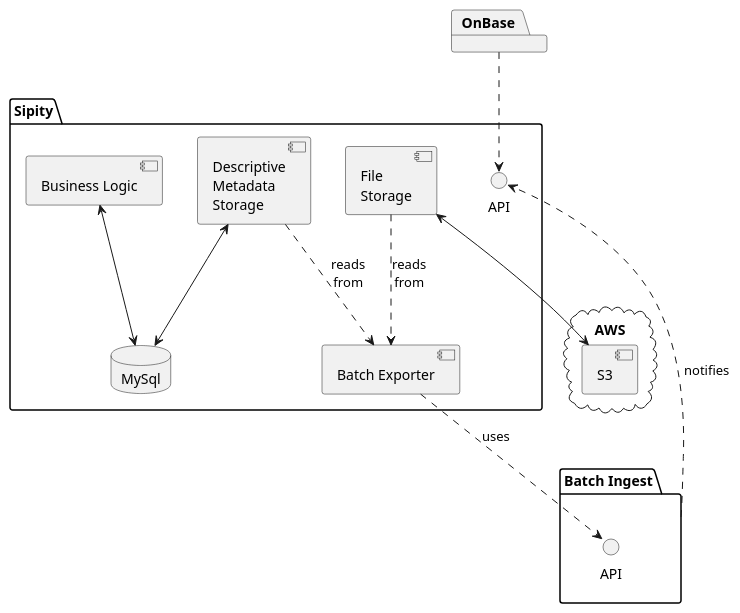
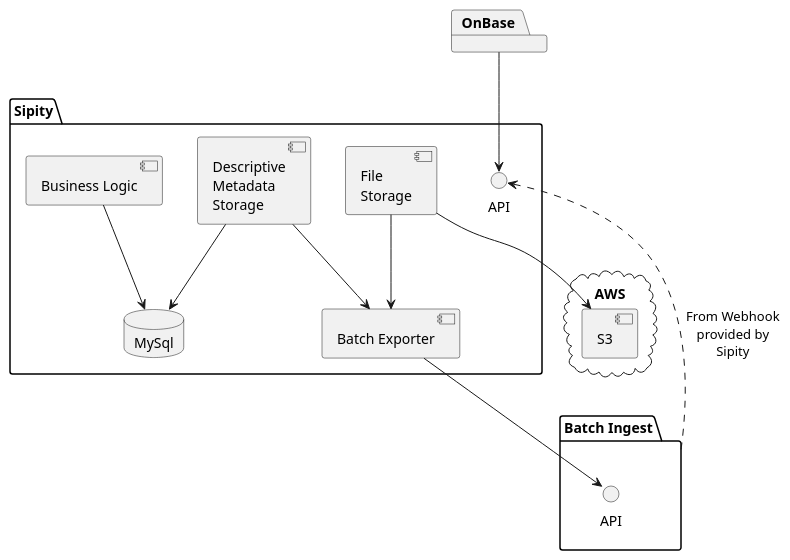
One commit to ndlib/dam-ecosystem-mapping changed the diagram in plantuml/sipity.puml. Above: the diagram before and after it, drawn with PlantUML. The commit also changed 4 other files, not shown here.

```diff
--- a/plantuml/sipity.puml
+++ b/plantuml/sipity.puml
@@ -10,32 +10,32 @@
 @startuml
 
 package "Sipity" {
   component "File\nStorage" as SipityFS
   component "Descriptive\nMetadata\nStorage" as SipityDMS
   component "Batch Exporter" as SipityBE
   component "Business Logic" as SipityBL
   interface "API" as SipityAPI
   database "MySql"
 
 }
 
 package "Batch Ingest" as Batch {
   interface "API" as BatchAPI
 }
 
 package OnBase
 
 cloud "AWS" {
   component S3
 }
 
-SipityFS <--> S3
-SipityDMS <--> MySql
-SipityBE ..> BatchAPI : uses
-SipityFS ..> SipityBE : reads\nfrom
-SipityDMS ..> SipityBE : reads\nfrom
-Batch ..> SipityAPI : notifies
-SipityBL <--> MySql
-OnBase ..> SipityAPI
+SipityFS --> S3
+SipityDMS --> MySql
+SipityBE --> BatchAPI
+SipityFS --> SipityBE
+SipityDMS --> SipityBE
+Batch ..> SipityAPI : "From Webhook\nprovided by\nSipity"
+SipityBL --> MySql
+OnBase --> SipityAPI
 
 @enduml
```
